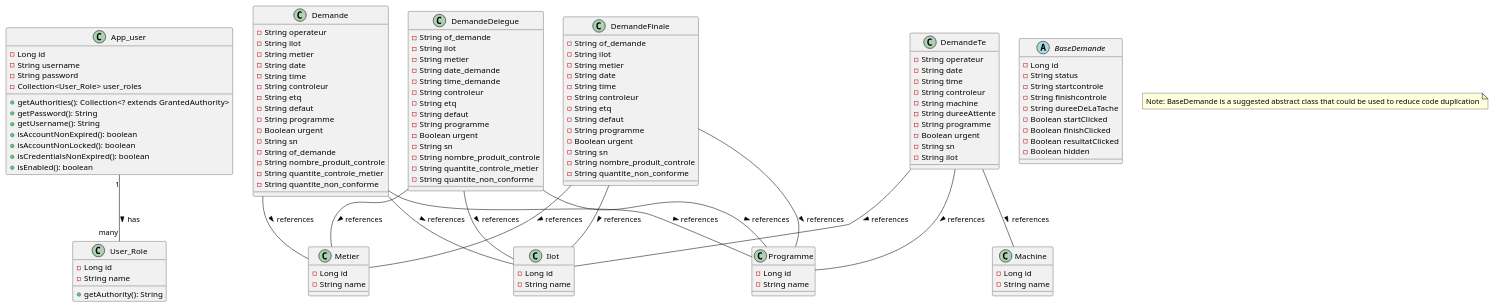
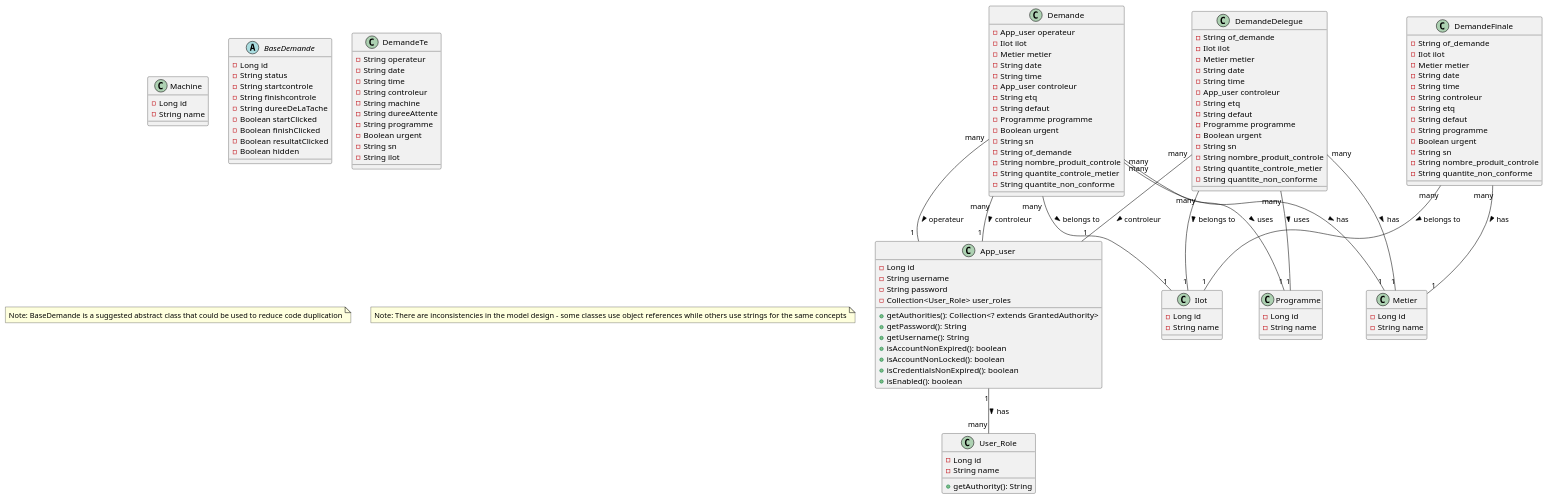
Before and after one commit to kchalouah/PFEESB: the diagram in diagrams/class_diagram.puml, drawn with PlantUML. The commit also changed 7 other files, not shown here.

```diff
--- a/diagrams/class_diagram.puml
+++ b/diagrams/class_diagram.puml
@@ -1,141 +1,143 @@
 @startuml
 ' Class Diagram for PfeAziz Application
 
 ' User Management
 class App_user {
   -Long id
   -String username
   -String password
   -Collection<User_Role> user_roles
   +getAuthorities(): Collection<? extends GrantedAuthority>
   +getPassword(): String
   +getUsername(): String
   +isAccountNonExpired(): boolean
   +isAccountNonLocked(): boolean
   +isCredentialsNonExpired(): boolean
   +isEnabled(): boolean
 }
 
 class User_Role {
   -Long id
   -String name
   +getAuthority(): String
 }
 
 ' Reference Data
 class Ilot {
   -Long id
   -String name
 }
 
 class Machine {
   -Long id
   -String name
 }
 
 class Metier {
   -Long id
   -String name
 }
 
 class Programme {
   -Long id
   -String name
 }
 
 ' Demand Classes
 abstract class BaseDemande {
   -Long id
   -String status
   -String startcontrole
   -String finishcontrole
   -String dureeDeLaTache
   -Boolean startClicked
   -Boolean finishClicked
   -Boolean resultatClicked
   -Boolean hidden
 }
 
 class Demande {
-  -String operateur
-  -String ilot
-  -String metier
+  -App_user operateur
+  -Ilot ilot
+  -Metier metier
   -String date
   -String time
-  -String controleur
+  -App_user controleur
   -String etq
   -String defaut
-  -String programme
+  -Programme programme
   -Boolean urgent
   -String sn
   -String of_demande
   -String nombre_produit_controle
   -String quantite_controle_metier
   -String quantite_non_conforme
 }
 
 class DemandeDelegue {
   -String of_demande
-  -String ilot
-  -String metier
-  -String date_demande
-  -String time_demande
-  -String controleur
+  -Ilot ilot
+  -Metier metier
+  -String date
+  -String time
+  -App_user controleur
   -String etq
   -String defaut
-  -String programme
+  -Programme programme
   -Boolean urgent
   -String sn
   -String nombre_produit_controle
   -String quantite_controle_metier
   -String quantite_non_conforme
 }
 
 class DemandeFinale {
   -String of_demande
-  -String ilot
-  -String metier
+  -Ilot ilot
+  -Metier metier
   -String date
   -String time
   -String controleur
   -String etq
   -String defaut
   -String programme
   -Boolean urgent
   -String sn
   -String nombre_produit_controle
   -String quantite_non_conforme
 }
 
 class DemandeTe {
   -String operateur
   -String date
   -String time
   -String controleur
   -String machine
   -String dureeAttente
   -String programme
   -Boolean urgent
   -String sn
   -String ilot
 }
 
 ' Relationships
 App_user "1" -- "many" User_Role : has >
-Demande -- Ilot : references >
-Demande -- Metier : references >
-Demande -- Programme : references >
-DemandeDelegue -- Ilot : references >
-DemandeDelegue -- Metier : references >
-DemandeDelegue -- Programme : references >
-DemandeFinale -- Ilot : references >
-DemandeFinale -- Metier : references >
-DemandeFinale -- Programme : references >
-DemandeTe -- Machine : references >
-DemandeTe -- Programme : references >
-DemandeTe -- Ilot : references >
+Demande "many" -- "1" App_user : operateur >
+Demande "many" -- "1" App_user : controleur >
+Demande "many" -- "1" Ilot : belongs to >
+Demande "many" -- "1" Metier : has >
+Demande "many" -- "1" Programme : uses >
+
+DemandeDelegue "many" -- "1" App_user : controleur >
+DemandeDelegue "many" -- "1" Ilot : belongs to >
+DemandeDelegue "many" -- "1" Metier : has >
+DemandeDelegue "many" -- "1" Programme : uses >
+
+DemandeFinale "many" -- "1" Ilot : belongs to >
+DemandeFinale "many" -- "1" Metier : has >
 
 ' Note: The actual implementation doesn't use inheritance, but it would be a good design improvement
 note "Note: BaseDemande is a suggested abstract class that could be used to reduce code duplication" as N1
+note "Note: There are inconsistencies in the model design - some classes use object references while others use strings for the same concepts" as N2
 
 @enduml
```
